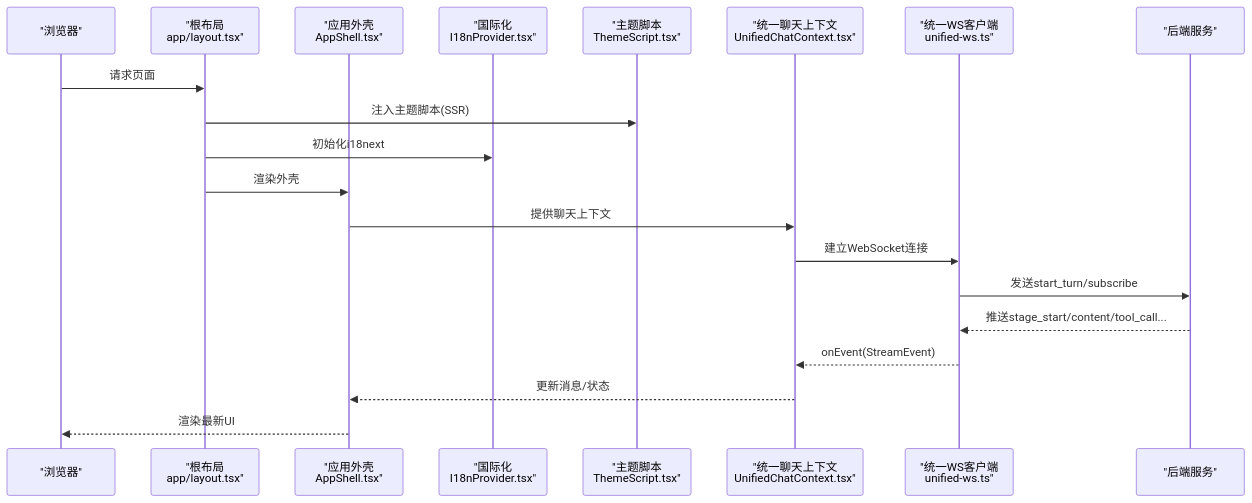
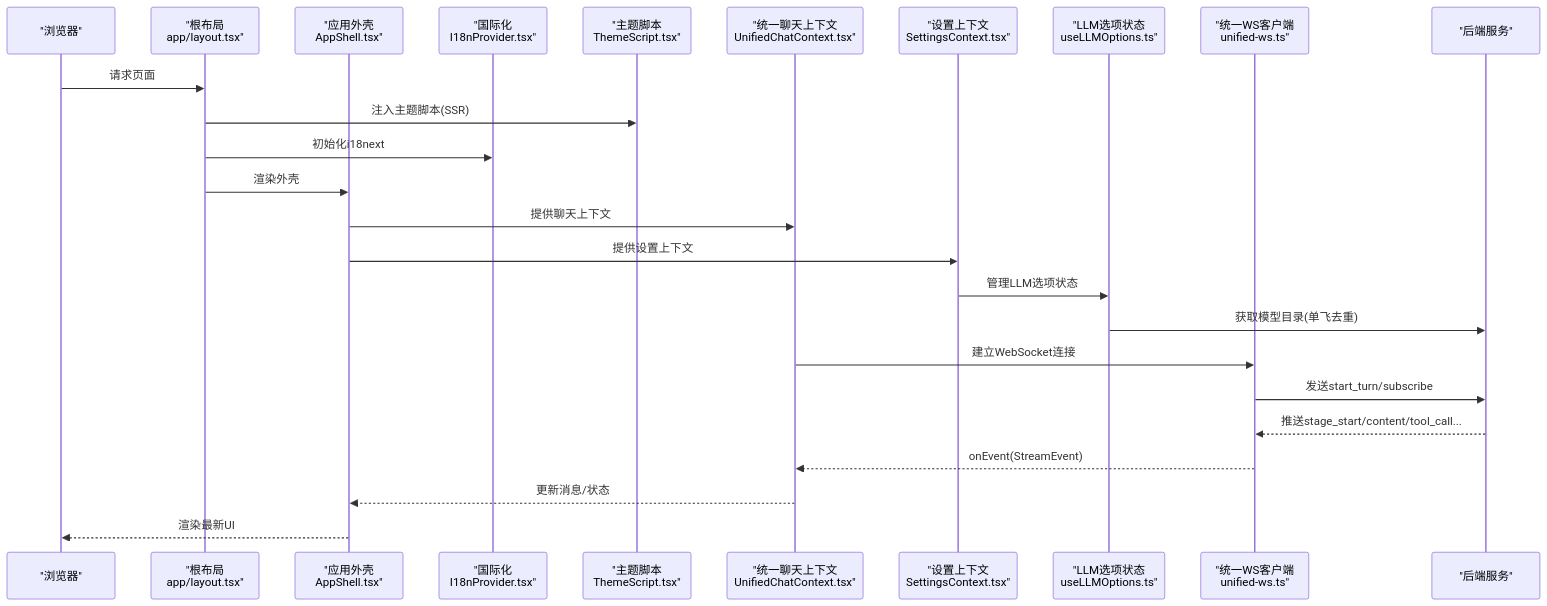
The second of 14 diagrams in .qoder/repowiki/zh/content/前端架构/前端架构.md (gongzili456/DeepTutor), drawn with Mermaid before and after one commit. The commit also changed other lines of this file and 821 other files, not shown here.

````diff
--- a/.qoder/repowiki/zh/content/前端架构/前端架构.md
+++ b/.qoder/repowiki/zh/content/前端架构/前端架构.md
@@ -108,22 +139,27 @@
 ```mermaid
 sequenceDiagram
 participant Browser as "浏览器"
 participant Layout as "根布局<br/>app/layout.tsx"
 participant Shell as "应用外壳<br/>AppShell.tsx"
 participant I18n as "国际化<br/>I18nProvider.tsx"
 participant Theme as "主题脚本<br/>ThemeScript.tsx"
 participant ChatCtx as "统一聊天上下文<br/>UnifiedChatContext.tsx"
+participant SettingsCtx as "设置上下文<br/>SettingsContext.tsx"
+participant LLMState as "LLM选项状态<br/>useLLMOptions.ts"
 participant WS as "统一WS客户端<br/>unified-ws.ts"
 participant Backend as "后端服务"
 Browser->>Layout : 请求页面
 Layout->>Theme : 注入主题脚本(SSR)
 Layout->>I18n : 初始化i18next
 Layout->>Shell : 渲染外壳
 Shell->>ChatCtx : 提供聊天上下文
+Shell->>SettingsCtx : 提供设置上下文
+SettingsCtx->>LLMState : 管理LLM选项状态
+LLMState->>Backend : 获取模型目录(单飞去重)
 ChatCtx->>WS : 建立WebSocket连接
 WS->>Backend : 发送start_turn/subscribe
 Backend-->>WS : 推送stage_start/content/tool_call...
 WS-->>ChatCtx : onEvent(StreamEvent)
 ChatCtx-->>Shell : 更新消息/状态
 Shell-->>Browser : 渲染最新UI
 ```
````
